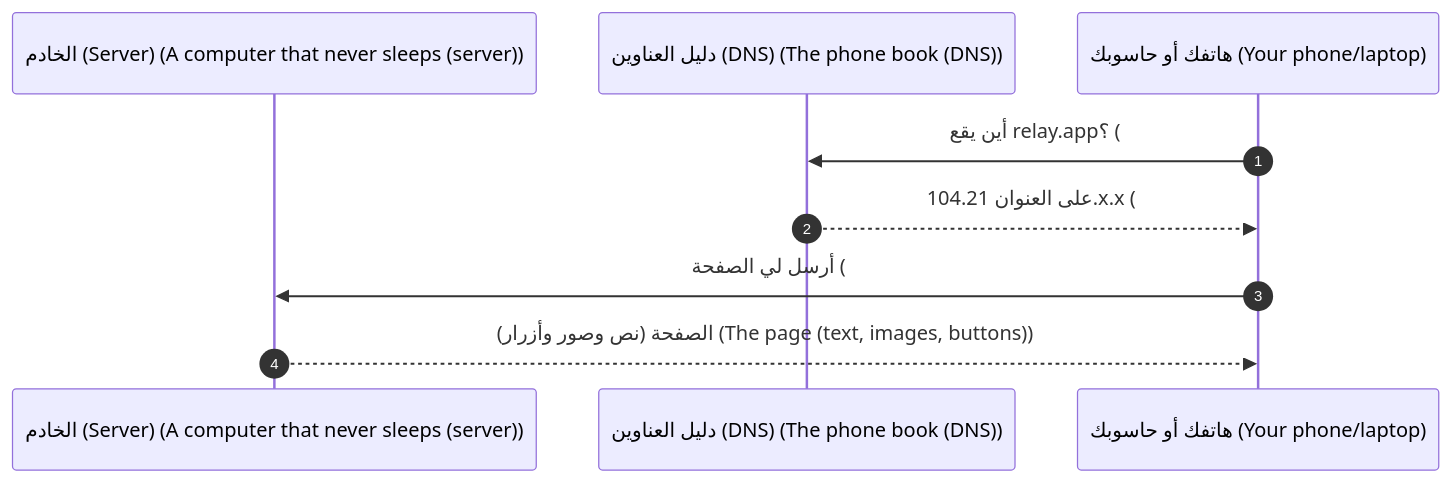
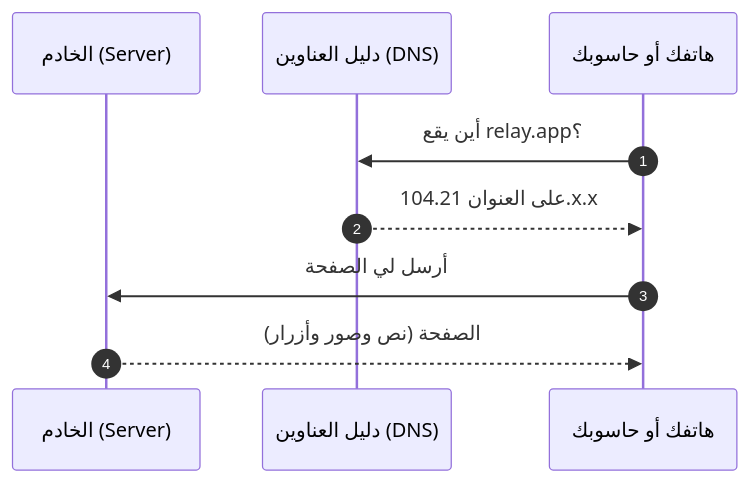
Before and after one commit to Tamoura/system-design-for-vibe-coders: the first of 7 diagrams in modules/00-foundations/foundations.ar.md, drawn with Mermaid. The commit also changed other lines of this file and 551 other files, not shown here.

````diff
--- a/modules/00-foundations/foundations.ar.md
+++ b/modules/00-foundations/foundations.ar.md
@@ -25,11 +34,11 @@
 ```mermaid
 sequenceDiagram
     autonumber
-    participant S as الخادم (Server) (A computer that never sleeps (server))
-    participant DNS as دليل العناوين (DNS) (The phone book (DNS))
-    participant You as هاتفك أو حاسوبك (Your phone/laptop)
-    You->>DNS: أين يقع relay.app؟ (#quot#59;Where does relay.app live?#quot#59;)
-    DNS-->>You: على العنوان 104.21.x.x (#quot#59;At address 104.21.x.x#quot#59;)
-    You->>S: أرسل لي الصفحة (#quot#59;Please send me the page#quot#59;)
-    S-->>You: الصفحة (نص وصور وأزرار) (The page (text, images, buttons))
+    participant S as الخادم (Server)
+    participant DNS as دليل العناوين (DNS)
+    participant You as هاتفك أو حاسوبك
+    You->>DNS: أين يقع relay.app؟
+    DNS-->>You: على العنوان 104.21.x.x
+    You->>S: أرسل لي الصفحة
+    S-->>You: الصفحة (نص وصور وأزرار)
 ```
````
